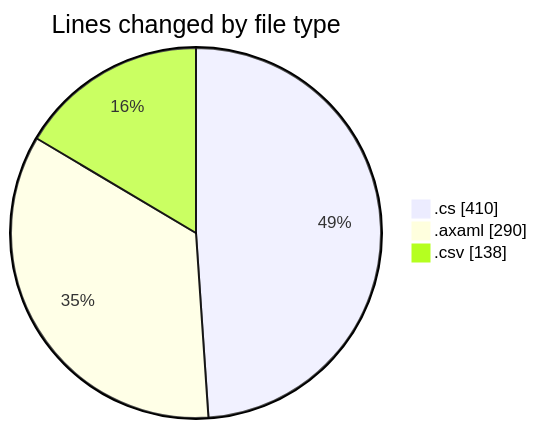
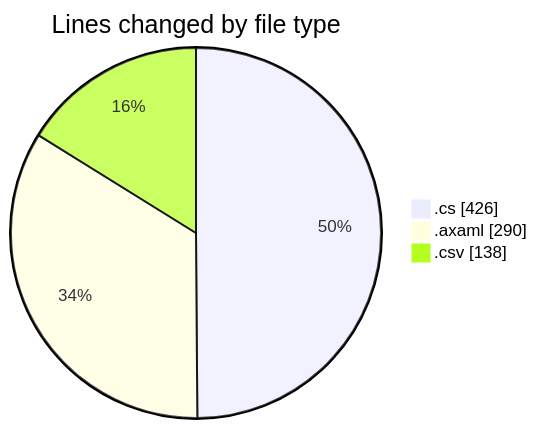
One commit to Netris89/code-tracking changed the first of 2 diagrams in 2025-10-26/skintrack/README.md. Above: the diagram before and after it, drawn with Mermaid. The commit also changed other lines of this file and 1 other file, not shown here.

````diff
--- a/2025-10-26/skintrack/README.md
+++ b/2025-10-26/skintrack/README.md
@@ -36,7 +36,7 @@
 ```mermaid
 pie showData
 title Lines changed by file type
-".cs" : 410
+".cs" : 426
 ".axaml" : 290
 ".csv" : 138
 ```
````
